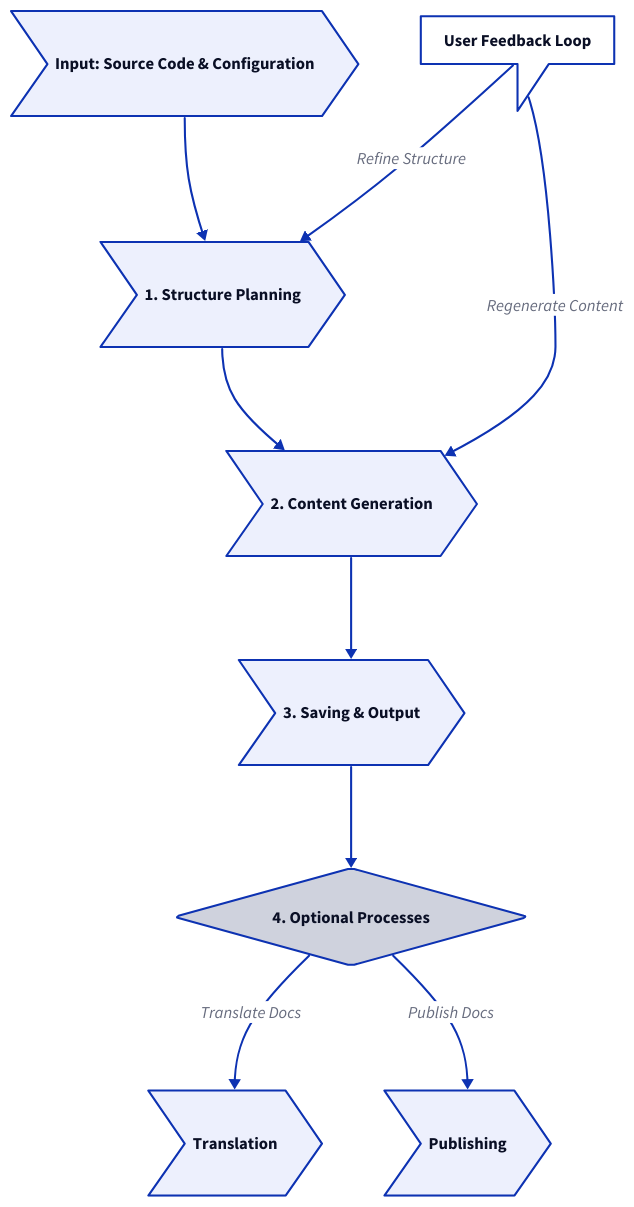
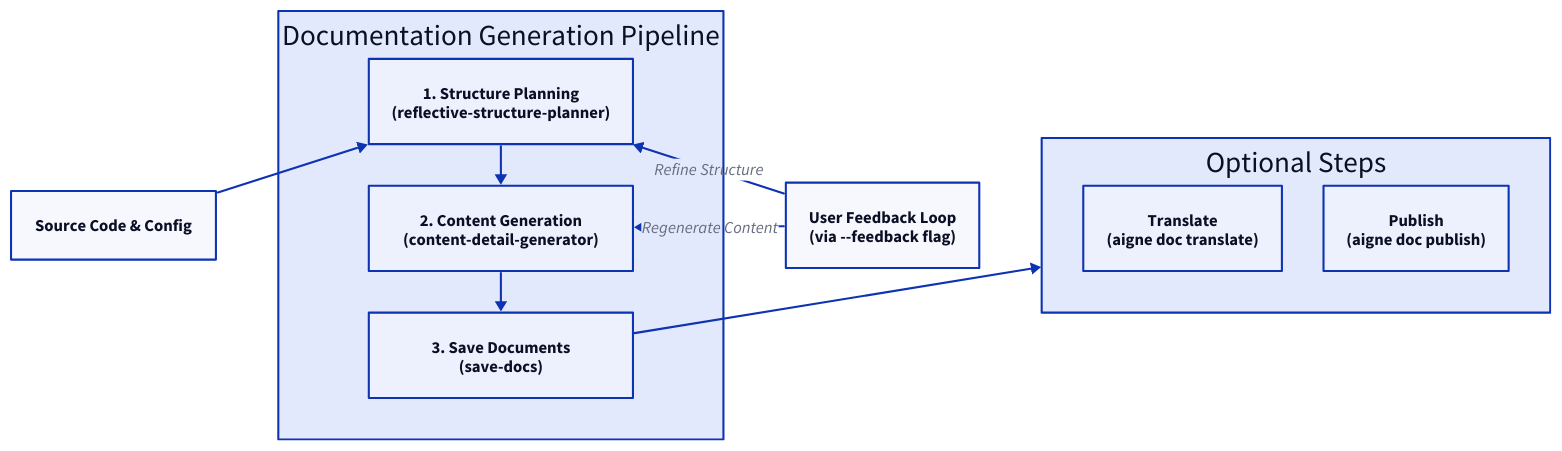
Before and after one commit to li-yechao/aigne-doc-smith: the diagram in docs/advanced-how-it-works.md, drawn with D2. The commit also changed other lines of this file and 37 other files, not shown here.

````diff
--- a/docs/advanced-how-it-works.md
+++ b/docs/advanced-how-it-works.md
@@ -21,55 +11,60 @@
 ```d2
 direction: down
 
-"Source Code & Config": {
-  shape: step
-  label: "Input: Source Code & Configuration"
+Input: {
+  label: "Source Code & Config"
+  shape: rectangle
 }
 
-"Structure Planning": {
-  shape: step
-  label: "1. Structure Planning"
+Pipeline: {
+  label: "Documentation Generation Pipeline"
+  shape: rectangle
+  grid-columns: 1
+  grid-gap: 40
+
+  Structure-Planning: {
+    label: "1. Structure Planning\n(reflective-structure-planner)"
+    shape: rectangle
+  }
+
+  Content-Generation: {
+    label: "2. Content Generation\n(content-detail-generator)"
+    shape: rectangle
+  }
+
+  Saving: {
+    label: "3. Save Documents\n(save-docs)"
+    shape: rectangle
+  }
 }
 
-"Content Generation": {
-  shape: step
-  label: "2. Content Generation"
+User-Feedback: {
+  label: "User Feedback Loop\n(via --feedback flag)"
+  shape: rectangle
 }
 
-"Saving & Output": {
-  shape: step
-  label: "3. Saving & Output"
+Optional-Steps: {
+  label: "Optional Steps"
+  shape: rectangle
+  grid-columns: 2
+  grid-gap: 40
+  
+  Translation: {
+    label: "Translate\n(aigne doc translate)"
+    shape: rectangle
+  }
+
+  Publishing: {
+    label: "Publish\n(aigne doc publish)"
+    shape: rectangle
+  }
 }
 
-"Optional Processes": {
-  shape: diamond
-  label: "4. Optional Processes"
-}
+Input -> Pipeline.Structure-Planning
+Pipeline.Structure-Planning -> Pipeline.Content-Generation
+Pipeline.Content-Generation -> Pipeline.Saving
+Pipeline.Saving -> Optional-Steps
 
-"Translation": {
-  shape: step
-  label: "Translation"
-}
-
-"Publishing": {
-  shape: step
-  label: "Publishing"
-}
-
-"Feedback Loop": {
-  shape: callout
-  label: "User Feedback Loop"
-}
-
-"Source Code & Config" -> "Structure Planning"
-"Structure Planning" -> "Content Generation"
-"Content Generation" -> "Saving & Output"
-"Saving & Output" -> "Optional Processes"
-
-"Optional Processes" -> "Translation": "Translate Docs"
-"Optional Processes" -> "Publishing": "Publish Docs"
-
-"Structure Planning" <- "Feedback Loop": "Refine Structure"
-"Content Generation" <- "Feedback Loop": "Regenerate Content"
-
+User-Feedback -> Pipeline.Structure-Planning: "Refine Structure"
+User-Feedback -> Pipeline.Content-Generation: "Regenerate Content"
 ```
````
